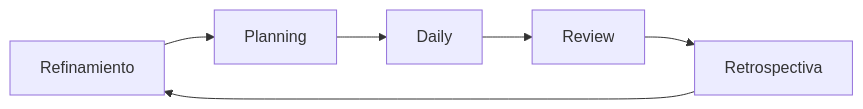
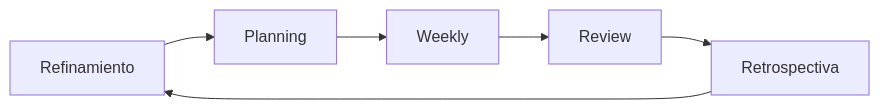
The tenth of 33 diagrams in documentacion-final-unico/Hosty-Informe-Final.md (juanpablovaldez/hosty), drawn with Mermaid before and after one commit. The commit also changed other lines of this file and 5 other files, not shown here.

````diff
--- a/documentacion-final-unico/Hosty-Informe-Final.md
+++ b/documentacion-final-unico/Hosty-Informe-Final.md
@@ -1079,8 +1082,8 @@
 ```mermaid
 flowchart LR
  A[Refinamiento] --> B[Planning]
- B --> C[Daily]
+ B --> C[Weekly]
  C --> D[Review]
  D --> E[Retrospectiva]
  E --> A
 ```
````
